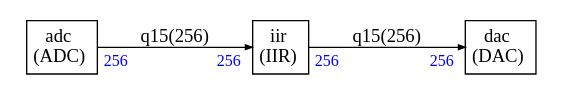
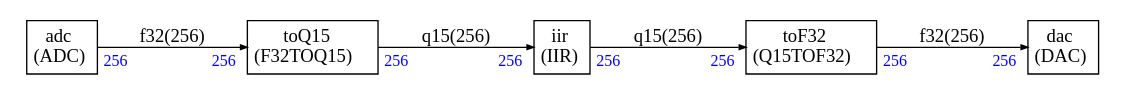
The diagram in ComputeGraph/dsp.dot (Arm-Examples/CMSIS-Stream-PoC), drawn with Graphviz before and after one commit. The commit also changed 18 other files, not shown here.

```diff
--- a/ComputeGraph/dsp.dot
+++ b/ComputeGraph/dsp.dot
@@ -1,48 +1,74 @@
 
 
 
 
 digraph structs {
     node [shape=plaintext]
     rankdir=LR
     edge [arrowsize=0.5]
     fontname="times"
 
 
 adc [label=<
 <TABLE BORDER="0" CELLBORDER="1" CELLSPACING="0" CELLPADDING="4">
   <TR>
     <TD ALIGN="CENTER" PORT="i">adc<BR/>(ADC)</TD>
   </TR>
 </TABLE>>];
 
 dac [label=<
 <TABLE BORDER="0" CELLBORDER="1" CELLSPACING="0" CELLPADDING="4">
   <TR>
     <TD ALIGN="CENTER" PORT="i">dac<BR/>(DAC)</TD>
   </TR>
 </TABLE>>];
 
 iir [label=<
 <TABLE BORDER="0" CELLBORDER="1" CELLSPACING="0" CELLPADDING="4">
   <TR>
     <TD ALIGN="CENTER" PORT="i">iir<BR/>(IIR)</TD>
   </TR>
 </TABLE>>];
 
+toF32 [label=<
+<TABLE BORDER="0" CELLBORDER="1" CELLSPACING="0" CELLPADDING="4">
+  <TR>
+    <TD ALIGN="CENTER" PORT="i">toF32<BR/>(Q15TOF32)</TD>
+  </TR>
+</TABLE>>];
+
+toQ15 [label=<
+<TABLE BORDER="0" CELLBORDER="1" CELLSPACING="0" CELLPADDING="4">
+  <TR>
+    <TD ALIGN="CENTER" PORT="i">toQ15<BR/>(F32TOQ15)</TD>
+  </TR>
+</TABLE>>];
 
 
-adc:i -> iir:i [label="q15(256)"
+
+adc:i -> toQ15:i [label="f32(256)"
 ,headlabel=<<TABLE BORDER="0" CELLPADDING="2"><TR><TD><FONT COLOR="blue" POINT-SIZE="12.0" >256</FONT>
 </TD></TR></TABLE>>
 ,taillabel=<<TABLE BORDER="0" CELLPADDING="2"><TR><TD><FONT COLOR="blue" POINT-SIZE="12.0" >256</FONT>
 </TD></TR></TABLE>>]
 
-iir:i -> dac:i [label="q15(256)"
+toQ15:i -> iir:i [label="q15(256)"
+,headlabel=<<TABLE BORDER="0" CELLPADDING="2"><TR><TD><FONT COLOR="blue" POINT-SIZE="12.0" >256</FONT>
+</TD></TR></TABLE>>
+,taillabel=<<TABLE BORDER="0" CELLPADDING="2"><TR><TD><FONT COLOR="blue" POINT-SIZE="12.0" >256</FONT>
+</TD></TR></TABLE>>]
+
+iir:i -> toF32:i [label="q15(256)"
+,headlabel=<<TABLE BORDER="0" CELLPADDING="2"><TR><TD><FONT COLOR="blue" POINT-SIZE="12.0" >256</FONT>
+</TD></TR></TABLE>>
+,taillabel=<<TABLE BORDER="0" CELLPADDING="2"><TR><TD><FONT COLOR="blue" POINT-SIZE="12.0" >256</FONT>
+</TD></TR></TABLE>>]
+
+toF32:i -> dac:i [label="f32(256)"
 ,headlabel=<<TABLE BORDER="0" CELLPADDING="2"><TR><TD><FONT COLOR="blue" POINT-SIZE="12.0" >256</FONT>
 </TD></TR></TABLE>>
 ,taillabel=<<TABLE BORDER="0" CELLPADDING="2"><TR><TD><FONT COLOR="blue" POINT-SIZE="12.0" >256</FONT>
 </TD></TR></TABLE>>]
 
 
 }
```
